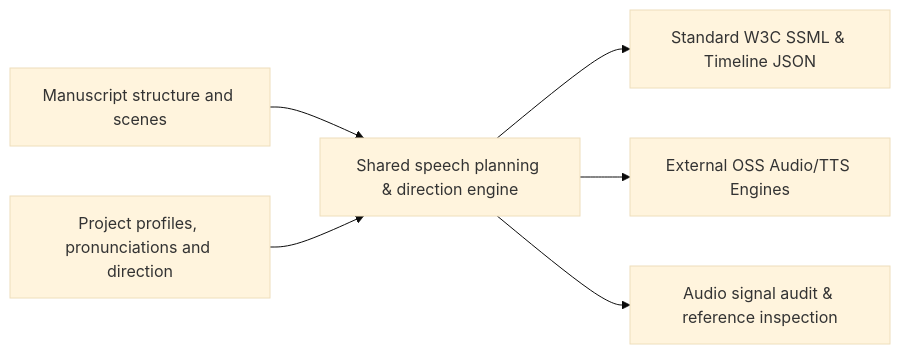
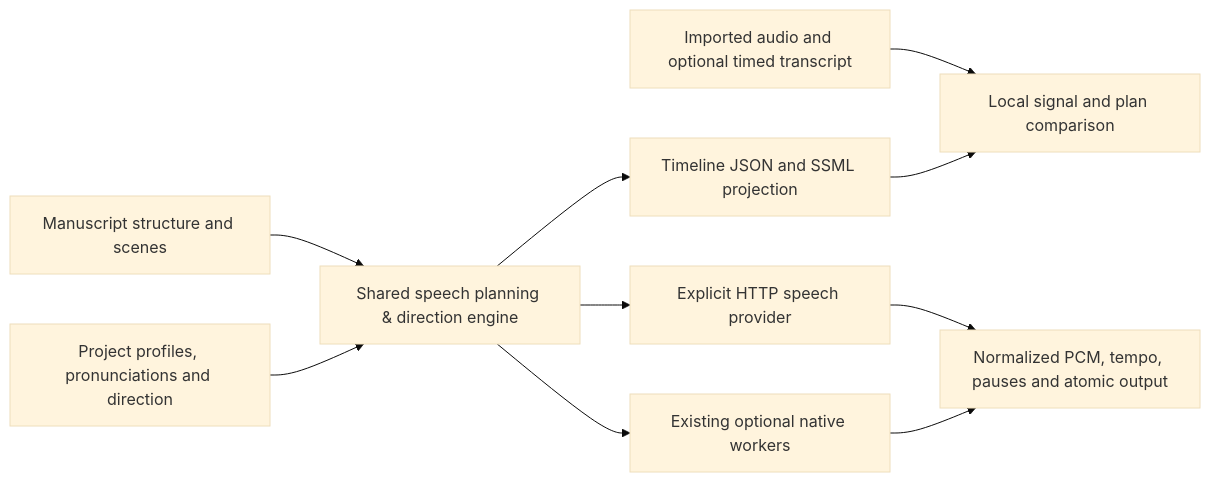
The second of 2 diagrams in docs/ARCHITECTURE.md (mfahsold/lixity), drawn with Mermaid (base theme) before and after one commit. The commit also changed other lines of this file and 111 other files, not shown here.

Commit message:
Complete audio export and align workspace and public demo

````diff
--- a/docs/ARCHITECTURE.md
+++ b/docs/ARCHITECTURE.md
@@ -1346,8 +1346,12 @@
 ```mermaid
 flowchart LR
     Manuscript[Manuscript structure and scenes] --> Planner[Shared speech planning & direction engine]
     Project[Project profiles, pronunciations and direction] --> Planner
-    Planner --> SSML[Standard W3C SSML & Timeline JSON]
-    Planner --> External[External OSS Audio/TTS Engines]
-    Planner --> Quality[Audio signal audit & reference inspection]
+    Planner --> Export[Timeline JSON and SSML projection]
+    Planner --> Provider[Explicit HTTP speech provider]
+    Planner --> Native[Existing optional native workers]
+    Provider --> Output[Normalized PCM, tempo, pauses and atomic output]
+    Native --> Output
+    Audio[Imported audio and optional timed transcript] --> Quality[Local signal and plan comparison]
+    Export --> Quality
 ```
````
